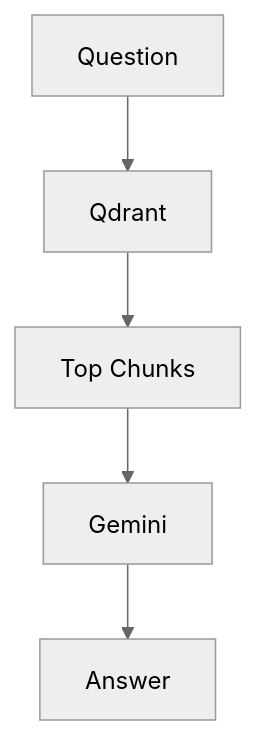
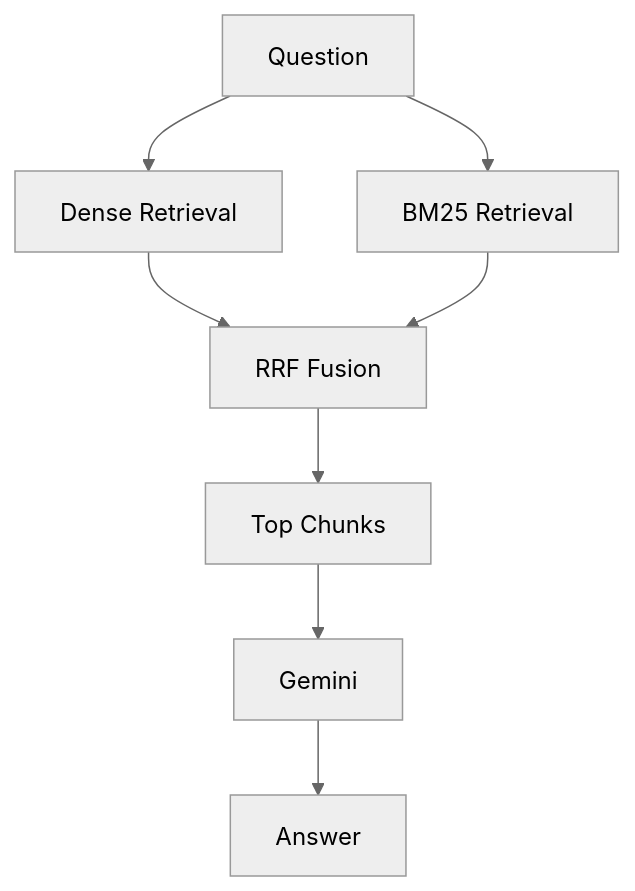
Before and after one commit to nakul-cloud/Hybrid-Rag-MCP: the first of 2 diagrams in mcp_servers/retrieval/README.md, drawn with Mermaid (neutral theme). The commit also changed other lines of this file and 3 other files, not shown here.

Commit message:
Update README and documentation to reflect hybrid retrieval architecture with BM25 integration

````diff
--- a/mcp_servers/retrieval/README.md
+++ b/mcp_servers/retrieval/README.md
@@ -36,7 +36,10 @@
 ```mermaid
 flowchart TB
-    Q[Question] --> R[Qdrant]
-    R --> T[Top Chunks]
-    T --> G[Gemini]
-    G --> A[Answer]
+  Q[Question] --> D[Dense Retrieval]
+  Q --> B[BM25 Retrieval]
+  D --> RRF[RRF Fusion]
+  B --> RRF
+  RRF --> T[Top Chunks]
+  T --> G[Gemini]
+  G --> A[Answer]
 ```
````
